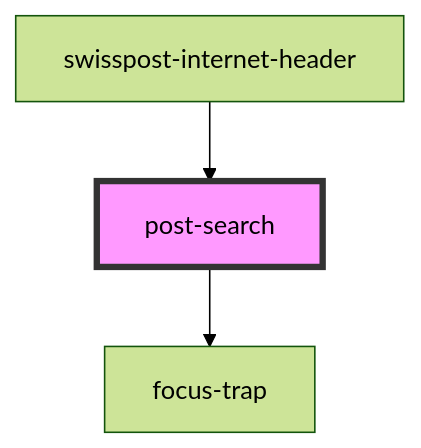
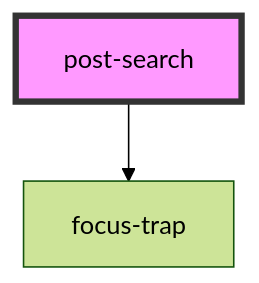
The diagram in packages/internet-header/src/components/post-search/readme.md (swisspost/design-system), drawn with Mermaid (forest theme) before and after one commit. The commit also changed other lines of this file and 19 other files, not shown here.

````diff
--- a/packages/internet-header/src/components/post-search/readme.md
+++ b/packages/internet-header/src/components/post-search/readme.md
@@ -53,6 +49,5 @@
 ```mermaid
 graph TD;
   post-search --> focus-trap
-  swisspost-internet-header --> post-search
   style post-search fill:#f9f,stroke:#333,stroke-width:4px
 ```
````
